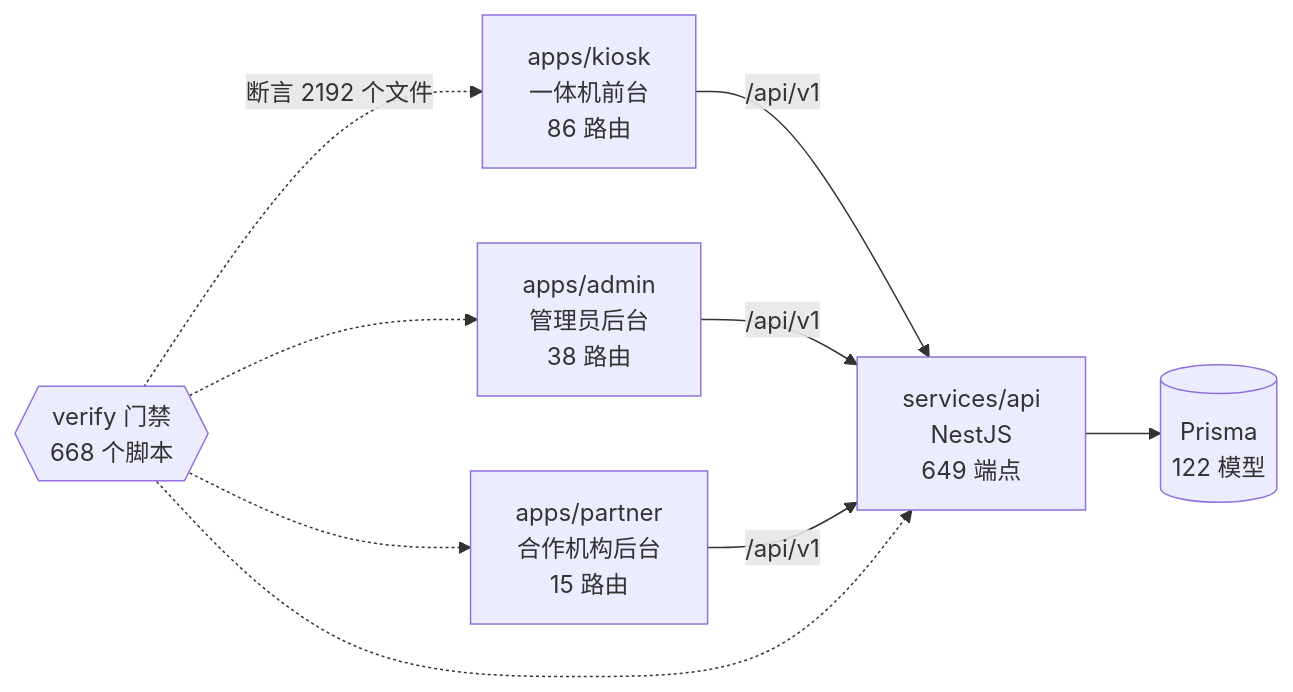
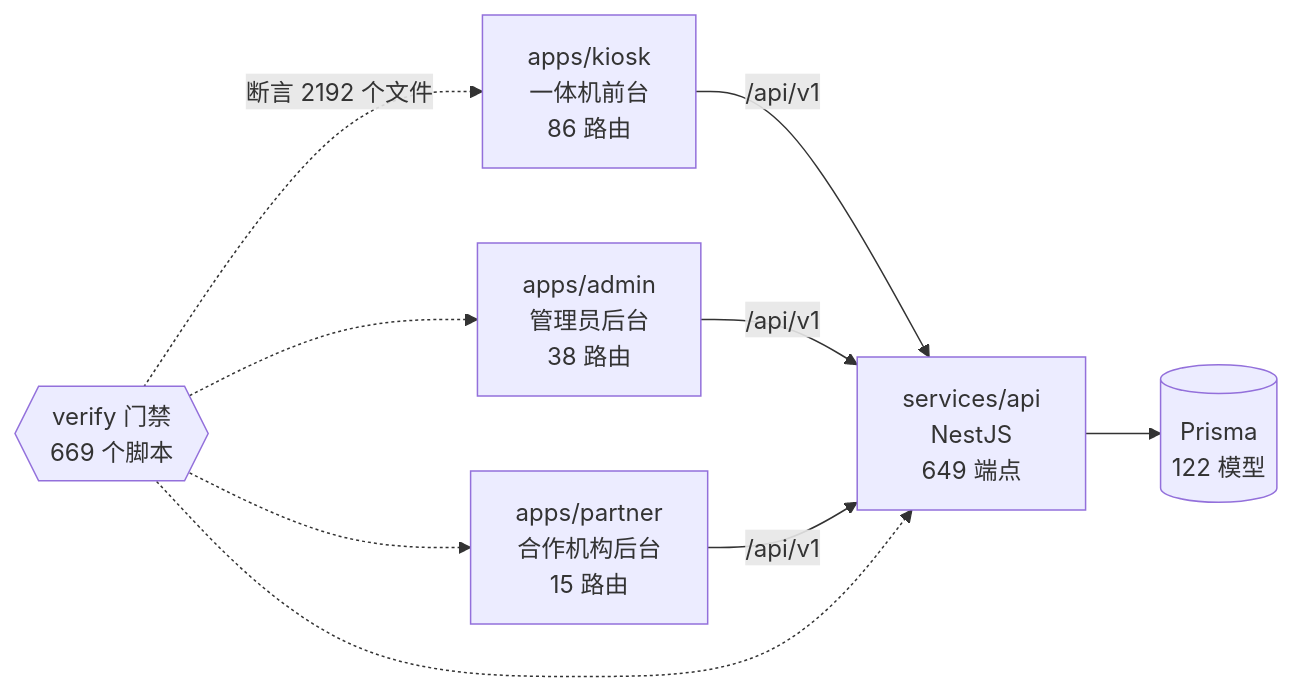
Before and after one commit to wanglei581/YITIJI: the diagram in docs/graph/README.md, drawn with Mermaid. The commit also changed other lines of this file and 10 other files, not shown here.

````diff
--- a/docs/graph/README.md
+++ b/docs/graph/README.md
@@ -68,18 +68,18 @@
 ```mermaid
 flowchart LR
   kiosk["apps/kiosk<br/>一体机前台<br/>86 路由"]
   admin["apps/admin<br/>管理员后台<br/>38 路由"]
   partner["apps/partner<br/>合作机构后台<br/>15 路由"]
   api["services/api<br/>NestJS<br/>649 端点"]
   db[("Prisma<br/>122 模型")]
-  gates{{"verify 门禁<br/>668 个脚本"}}
+  gates{{"verify 门禁<br/>669 个脚本"}}
 
   kiosk -->|"/api/v1"| api
   admin -->|"/api/v1"| api
   partner -->|"/api/v1"| api
   api --> db
   gates -.->|"断言 2192 个文件"| kiosk
   gates -.-> admin
   gates -.-> partner
   gates -.-> api
 ```
````
